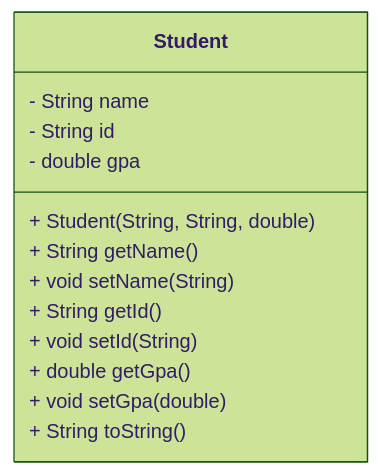
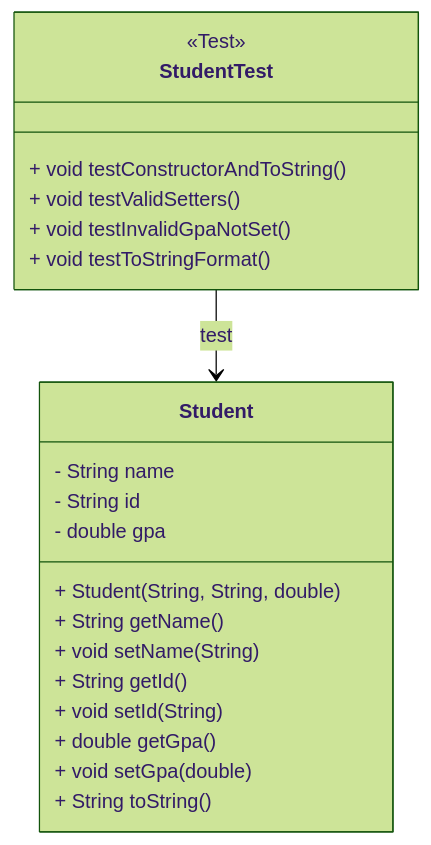
The diagram in docs/block-01_oop-fundamentals/05_constructor_getters_setters_toString.md (carlos-paezf/Object_Oriented_Programming), drawn with Mermaid (forest theme) before and after one commit. The commit also changed 4 other files, not shown here.

Commit message:
docs: Fix mermaid diagrams

````diff
--- a/docs/block-01_oop-fundamentals/05_constructor_getters_setters_toString.md
+++ b/docs/block-01_oop-fundamentals/05_constructor_getters_setters_toString.md
@@ -203,16 +203,26 @@
 ```mermaid
 classDiagram
     class Student {
         - String name
         - String id
         - double gpa
         + Student(String, String, double)
         + String getName()
         + void setName(String)
         + String getId()
         + void setId(String)
         + double getGpa()
         + void setGpa(double)
         + String toString()
     }
+
+    class StudentTest {
+        <<Test>>
+        + void testConstructorAndToString()
+        + void testValidSetters()
+        + void testInvalidGpaNotSet()
+        + void testToStringFormat()
+    }
+
+    StudentTest --> Student : test
 ```
````
